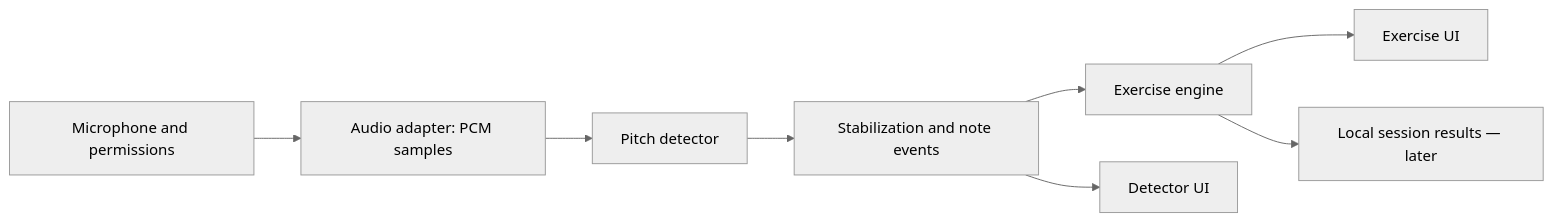
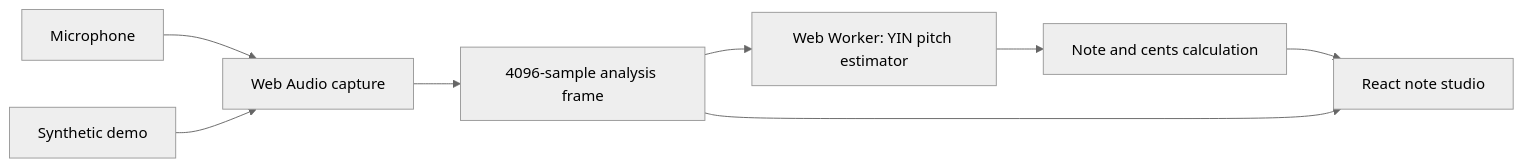
One commit to Lankow/GuitarTrainer changed the diagram in docs/architecture.md. Above: the diagram before and after it, drawn with Mermaid (neutral theme). The commit also changed other lines of this file and 22 other files, not shown here.

````diff
--- a/docs/architecture.md
+++ b/docs/architecture.md
@@ -5,10 +5,10 @@
 ```mermaid
 flowchart LR
-    A[Microphone and permissions] --> B[Audio adapter: PCM samples]
-    B --> C[Pitch detector]
-    C --> D[Stabilization and note events]
-    D --> E[Exercise engine]
-    D --> F[Detector UI]
-    E --> G[Exercise UI]
-    E --> H[Local session results — later]
+    Microphone --> Capture[Web Audio capture]
+    Demo[Synthetic demo] --> Capture
+    Capture --> Analyser[4096-sample analysis frame]
+    Analyser --> Worker[Web Worker: YIN pitch estimator]
+    Worker --> Music[Note and cents calculation]
+    Music --> UI[React note studio]
+    Analyser --> UI
 ```
````
